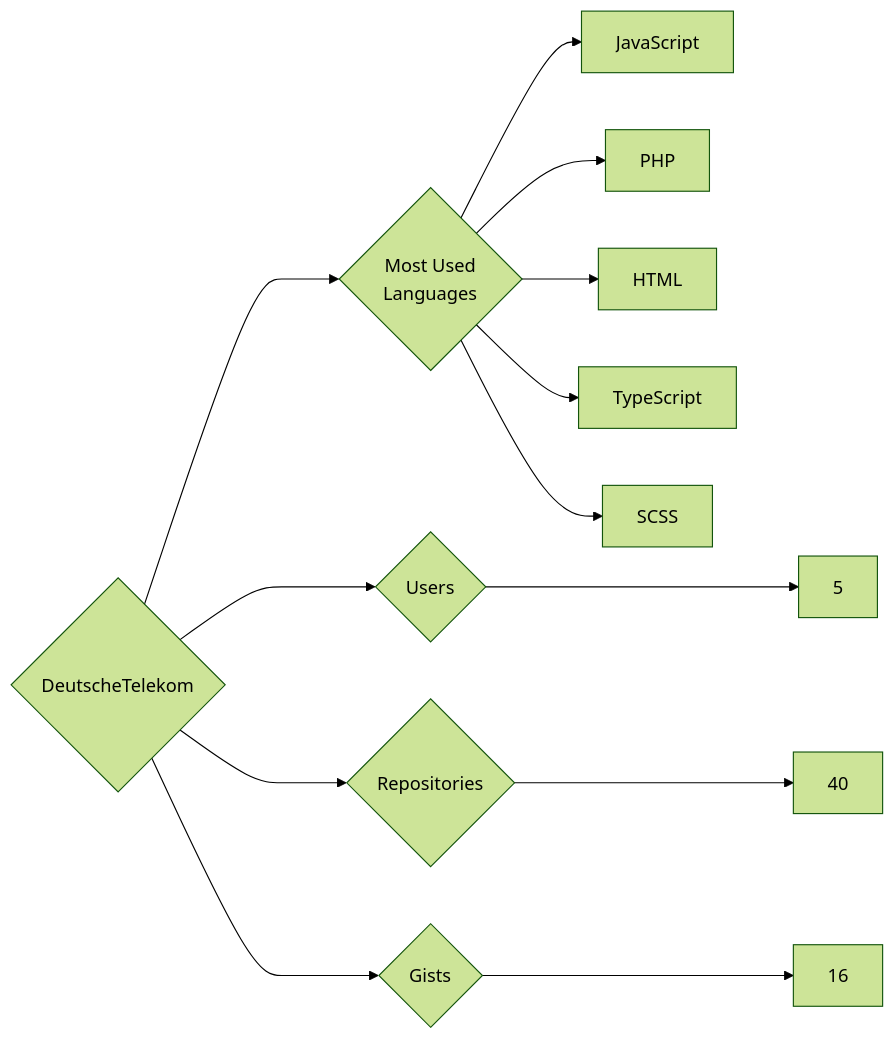
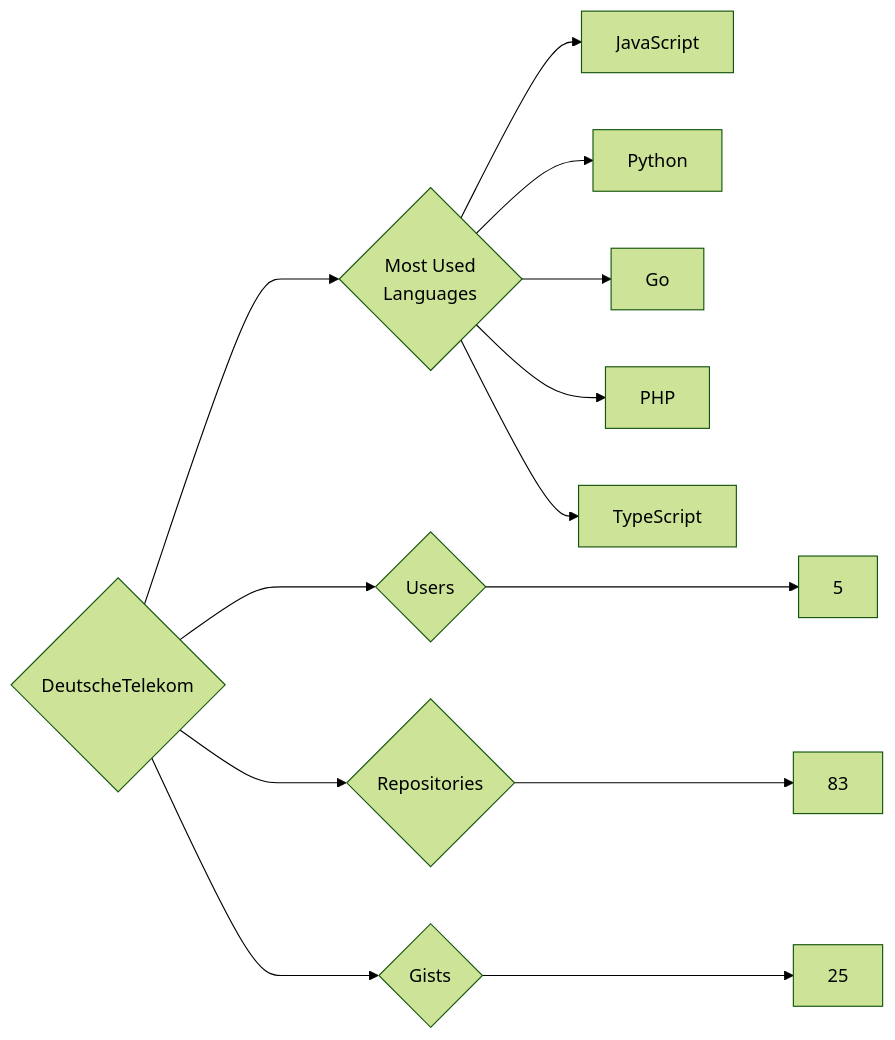
Before and after one commit to trickest/insiders: the diagram in targets/DeutscheTelekom/README.md, drawn with Mermaid (forest theme). The commit also changed 1055 other files, not shown here.

````diff
--- a/targets/DeutscheTelekom/README.md
+++ b/targets/DeutscheTelekom/README.md
@@ -3,13 +3,13 @@
 ```mermaid
 graph LR
 COMPANY_NAME{DeutscheTelekom}
 COMPANY_NAME ---> U{Users} ---> UN[5]
-COMPANY_NAME ---> R{Repositories} ---> RN[40]
-COMPANY_NAME ---> G{Gists} ---> GN[16]
+COMPANY_NAME ---> R{Repositories} ---> RN[83]
+COMPANY_NAME ---> G{Gists} ---> GN[25]
 COMPANY_NAME ---> ML{Most Used<br>Languages}
 ML --> JavaScript[JavaScript]
+ML --> Python[Python]
+ML --> Go[Go]
 ML --> PHP[PHP]
-ML --> HTML[HTML]
 ML --> TypeScript[TypeScript]
-ML --> SCSS[SCSS]
 ```
````
